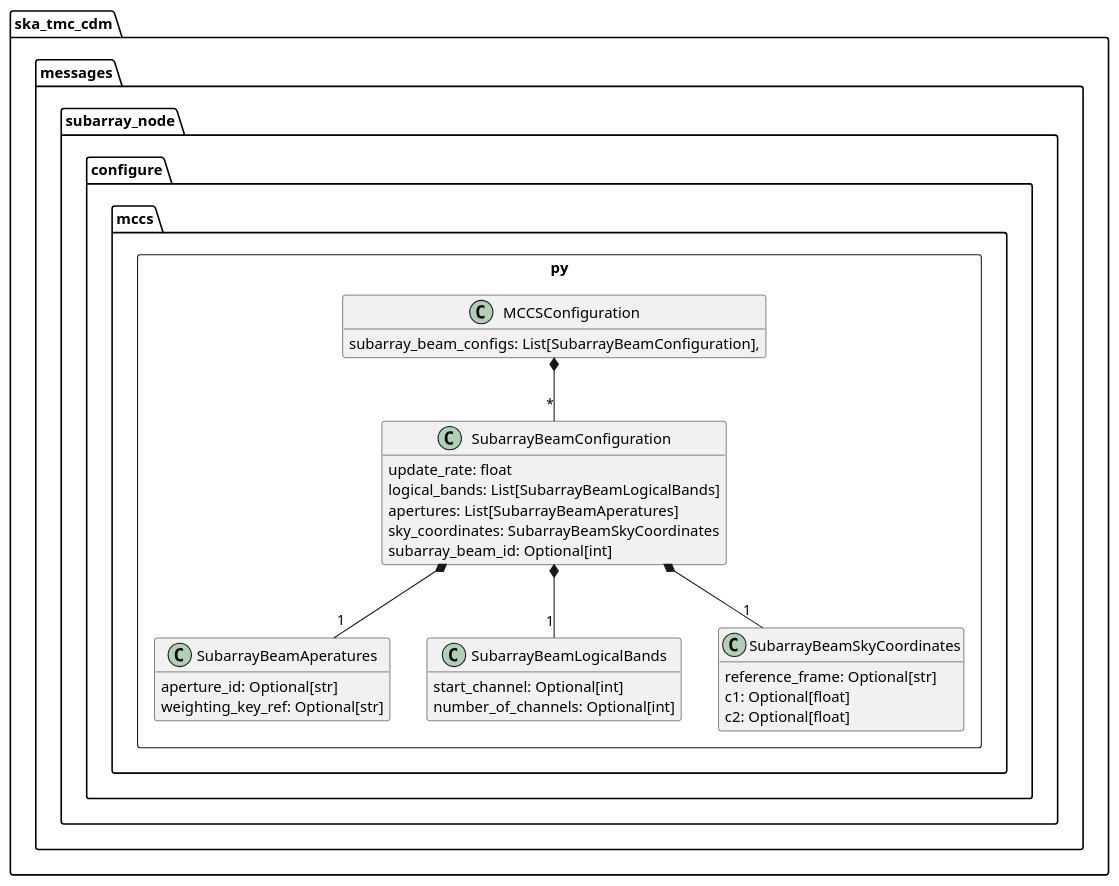
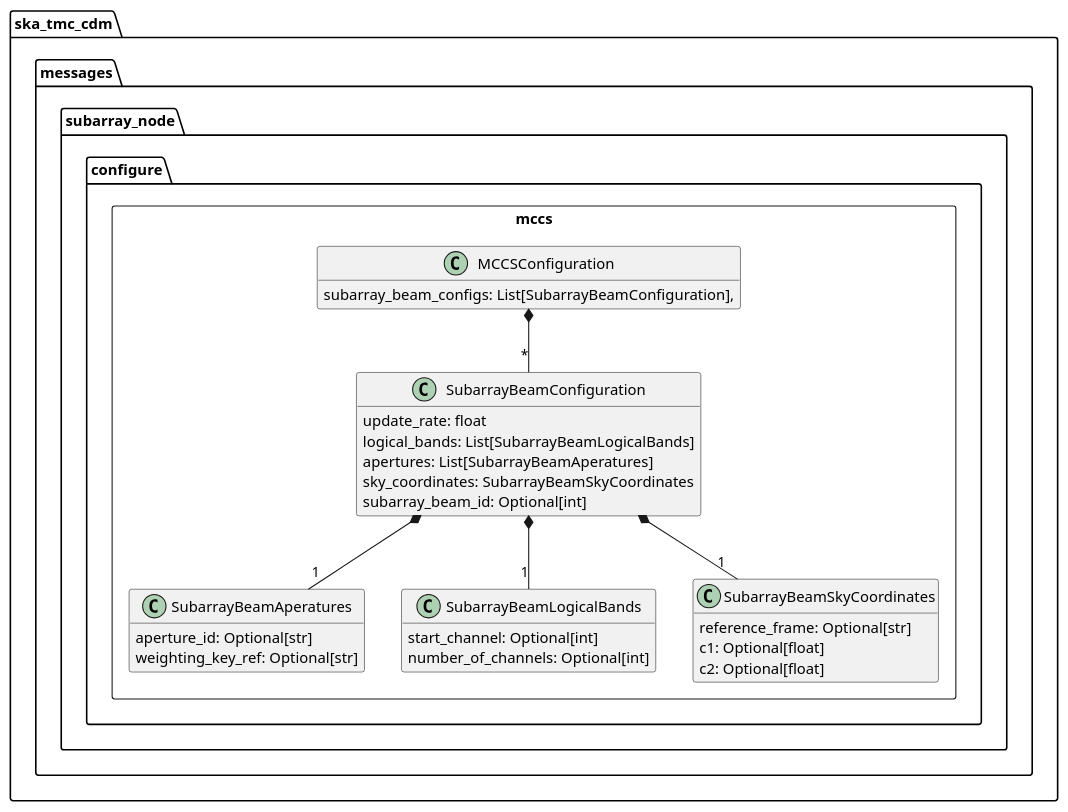
One commit to ska-telescope/cdm-shared-library changed the diagram in docs/src/developer/subarraynode/mccs.puml. Above: the diagram before and after it, drawn with PlantUML. The commit also changed 3 other files, not shown here.

```diff
--- a/docs/src/developer/subarraynode/mccs.puml
+++ b/docs/src/developer/subarraynode/mccs.puml
@@ -1,41 +1,41 @@
 @startuml
 hide empty members
 
 package ska_tmc_cdm.messages.subarray_node.configure {
-    package mccs.py <<Rectangle>> {
+    package mccs <<Rectangle>> {
         
 
         class SubarrayBeamAperatures {
             aperture_id: Optional[str]
             weighting_key_ref: Optional[str]
         }
         class SubarrayBeamLogicalBands {
             start_channel: Optional[int]
             number_of_channels: Optional[int]
         }
 
         class SubarrayBeamSkyCoordinates {
             reference_frame: Optional[str]
             c1: Optional[float]
             c2: Optional[float]
         }
 
         class SubarrayBeamConfiguration {
             update_rate: float
             logical_bands: List[SubarrayBeamLogicalBands]
             apertures: List[SubarrayBeamAperatures]
             sky_coordinates: SubarrayBeamSkyCoordinates
             subarray_beam_id: Optional[int]
         }
 
         class MCCSConfiguration {
             subarray_beam_configs: List[SubarrayBeamConfiguration],
         }
         MCCSConfiguration *-- "*" SubarrayBeamConfiguration
         SubarrayBeamConfiguration *-- "1" SubarrayBeamLogicalBands
         SubarrayBeamConfiguration *-- "1" SubarrayBeamAperatures
         SubarrayBeamConfiguration *-- "1" SubarrayBeamSkyCoordinates
     }
 }
 
 @enduml
```
